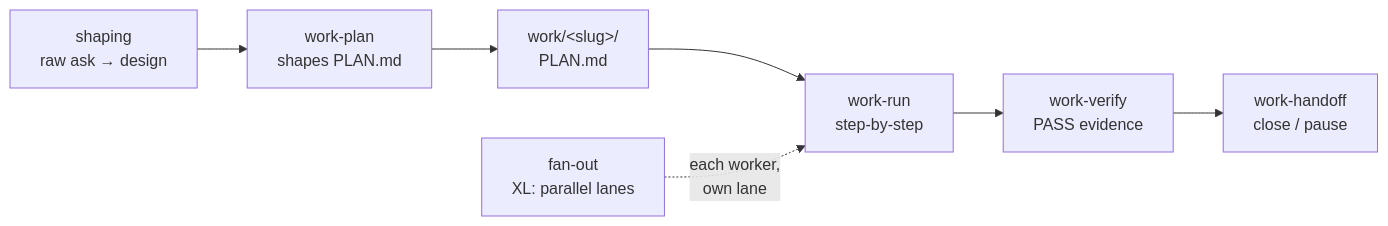
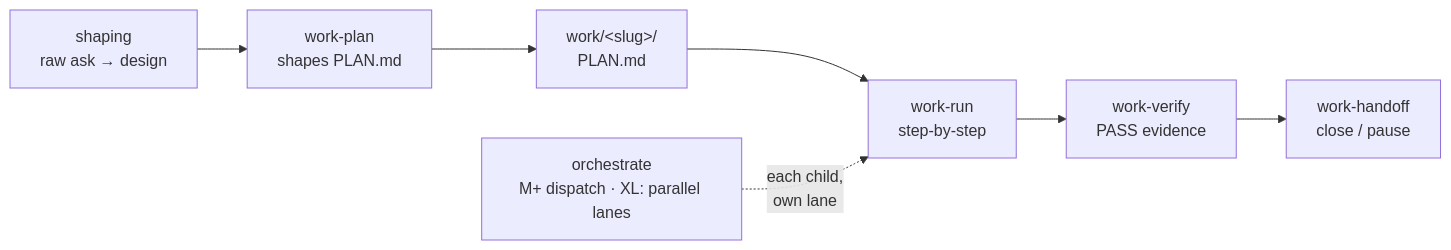
The third of 5 diagrams in README.md (bygama/Agent-Engineering), drawn with Mermaid before and after one commit. The commit also changed other lines of this file and 13 other files, not shown here.

First line of the commit message:
docs(mat-55): sweep remaining living surfaces from fan-out to orchestrate

````diff
--- a/README.md
+++ b/README.md
@@ -142,9 +145,9 @@
 ```mermaid
 flowchart LR
     SH["shaping<br/>raw ask → design"] --> WP["work-plan<br/>shapes PLAN.md"]
     WP --> PL["work/&lt;slug&gt;/<br/>PLAN.md"]
     PL --> RE["work-run<br/>step-by-step"]
     RE --> WV["work-verify<br/>PASS evidence"]
     WV --> WH["work-handoff<br/>close / pause"]
-    FO["fan-out<br/>XL: parallel lanes"] -.->|"each worker,<br/>own lane"| RE
+    ORCH["orchestrate<br/>M+ dispatch · XL: parallel lanes"] -.->|"each child,<br/>own lane"| RE
 ```
````
